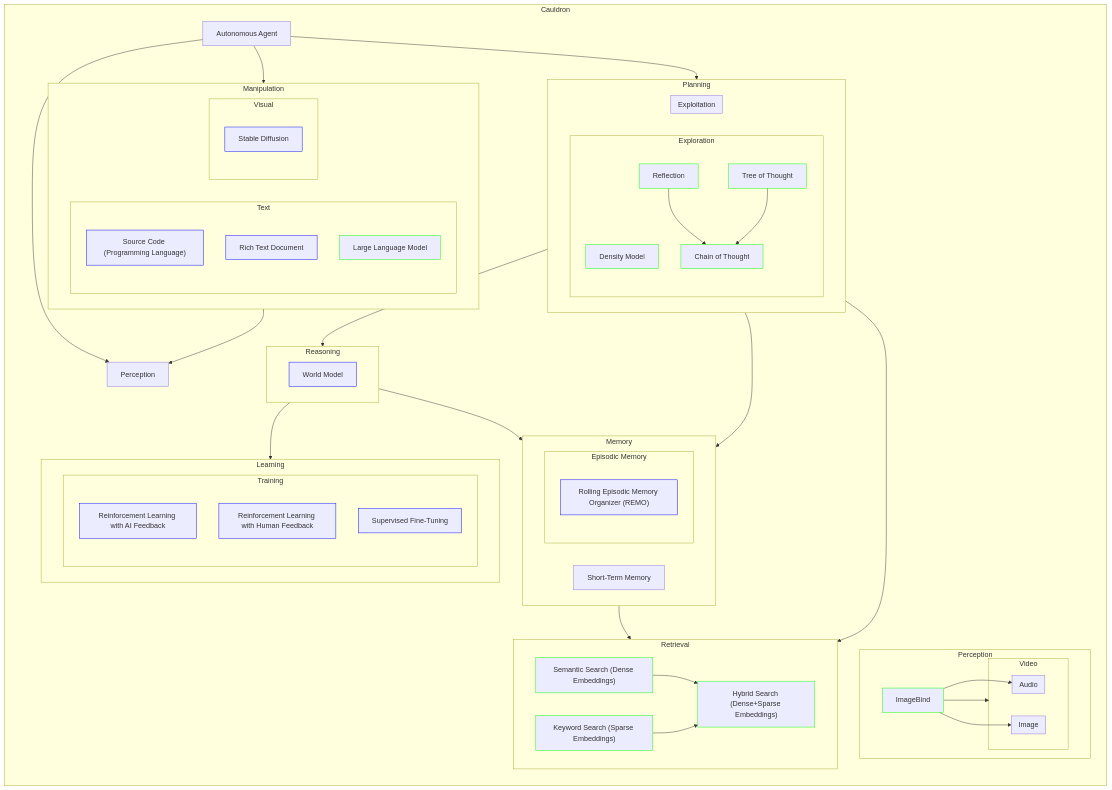
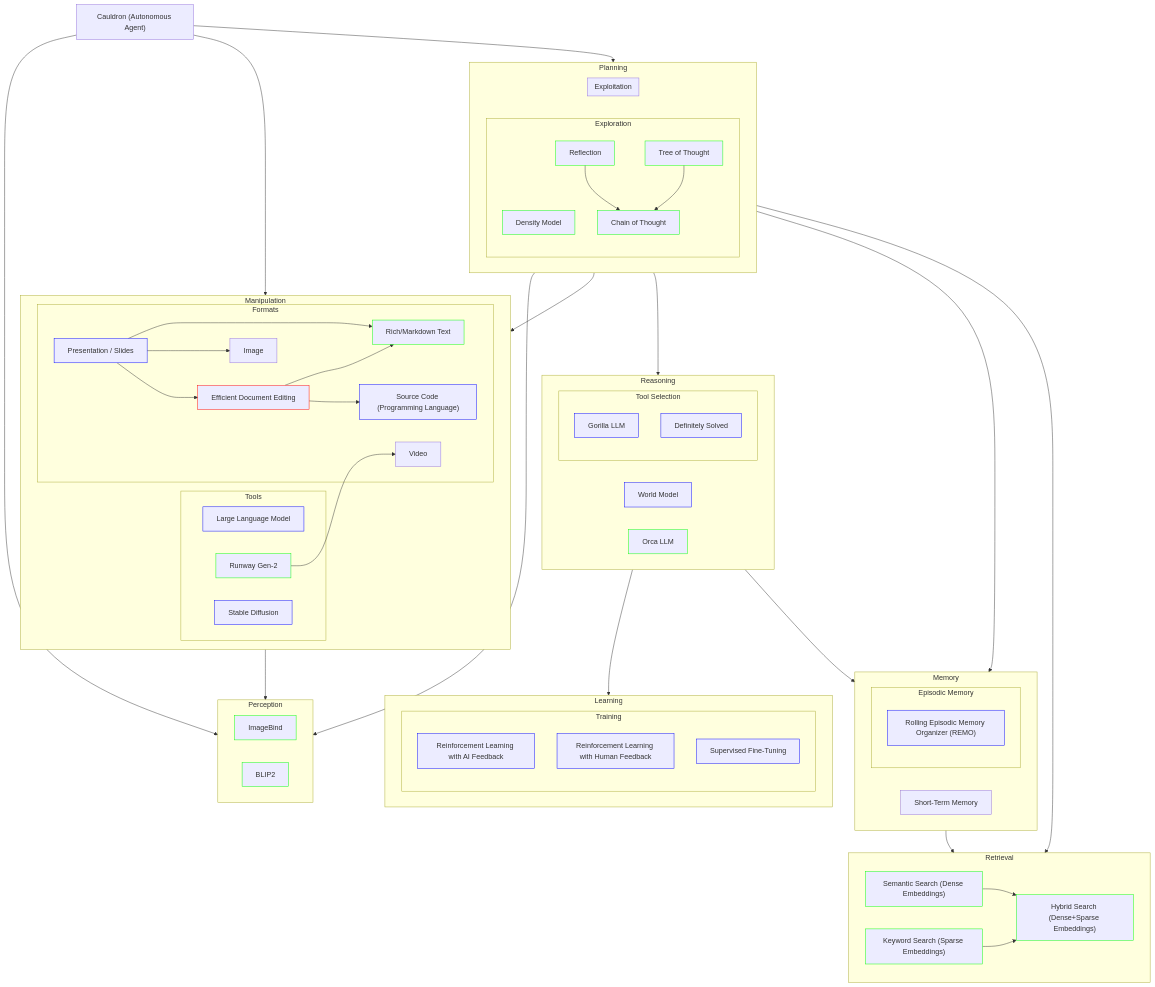
Before and after one commit to Glavin001/Cauldron: the diagram in README.md, drawn with Mermaid.

````diff
--- a/README.md
+++ b/README.md
@@ -5,30 +5,32 @@
 ```mermaid
 flowchart TB
-subgraph Cauldron
 direction TB
 
-Agent[Autonomous Agent]
+Agent["Cauldron (Autonomous Agent)"]
 Agent-->Perception & Manipulation & Planning
 
-subgraph Perception  
-  ImageBind:::done-->Video & Image & Audio
-  subgraph Video
-    subgraph Image
-    end
-    subgraph Audio
-    end
-  end
+subgraph Perception
+  ImageBind:::done
+  Blip[BLIP2]:::done
 end
 
 Manipulation-->Perception
 subgraph Manipulation
-  subgraph Text
+  subgraph Formats
+    Slides["Presentation / Slides"]:::wip
+    Slides-->EfficientDoc & Image & Markdown
+    EfficientDoc["Efficient Document Editing"]:::missing
+    EfficientDoc-->Code & Markdown
     Code["Source Code (Programming Language)"]:::wip
-    RichDoc[Rich Text Document]:::wip
-    LLM[Large Language Model]:::done
+    Markdown[Rich/Markdown Text]:::done
+    Image
+    Video
   end
-  subgraph Visual
+  subgraph Tools
+    LLM[Large Language Model]:::wip
     SD[Stable Diffusion]:::wip
+    RunwayGen2[Runway Gen-2]:::done
+    RunwayGen2 --> Video
   end
 end
 
@@ -41,6 +43,7 @@
   end
 end
 
+Planning-->Perception & Manipulation
 subgraph Planning
   subgraph Exploration
     Density[Density Model]:::done
@@ -58,6 +61,12 @@
 Planning-->Reasoning
 subgraph Reasoning
   WorldModel[World Model]:::wip
+  Orca[Orca LLM]:::done
+
+  subgraph SelectTool[Tool Selection]
+    Gorilla[Gorilla LLM]:::wip
+    DefinitelySolved[Definitely Solved]:::wip
+  end
 end
 
 Reasoning & Planning-->Memory
@@ -79,8 +88,6 @@
   Keyword["Keyword Search (Sparse Embeddings)"]:::done
 end
 
-end
-
 classDef missing stroke:#f00
 classDef done stroke:#0f0
 classDef wip stroke:#00f
````
